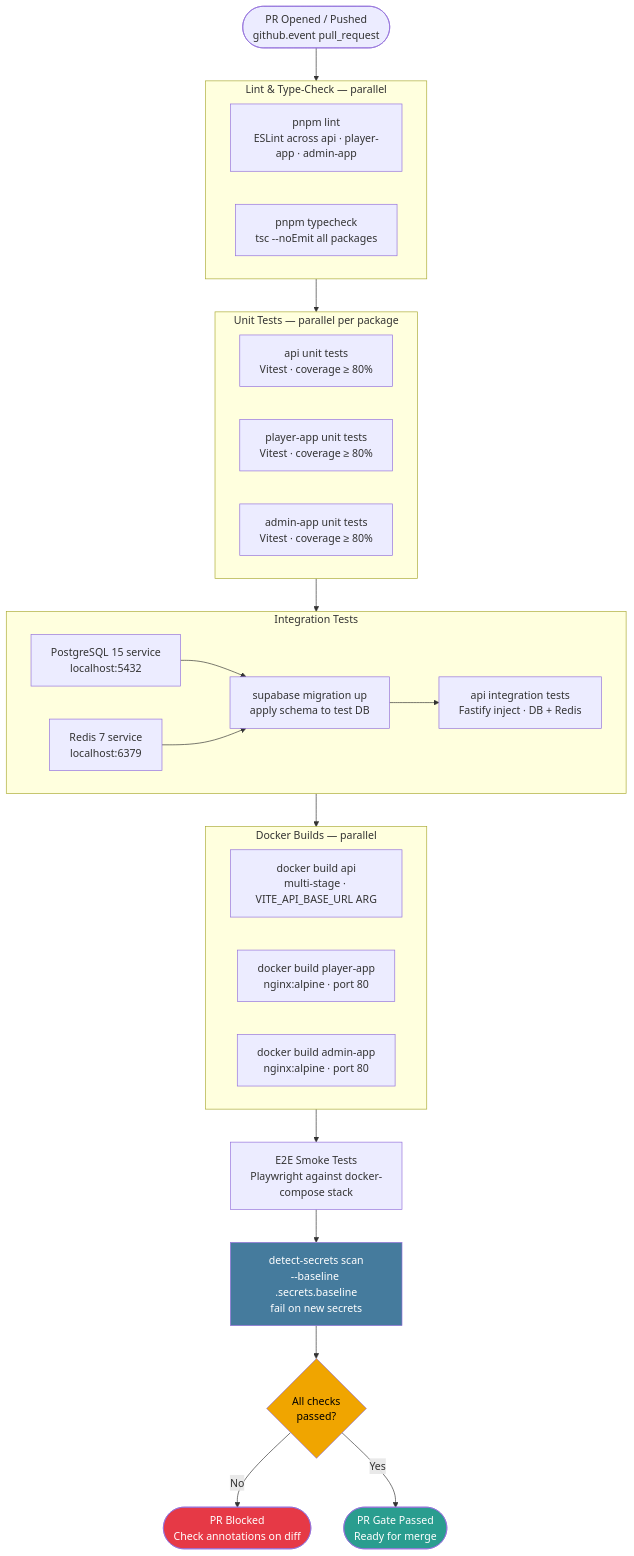
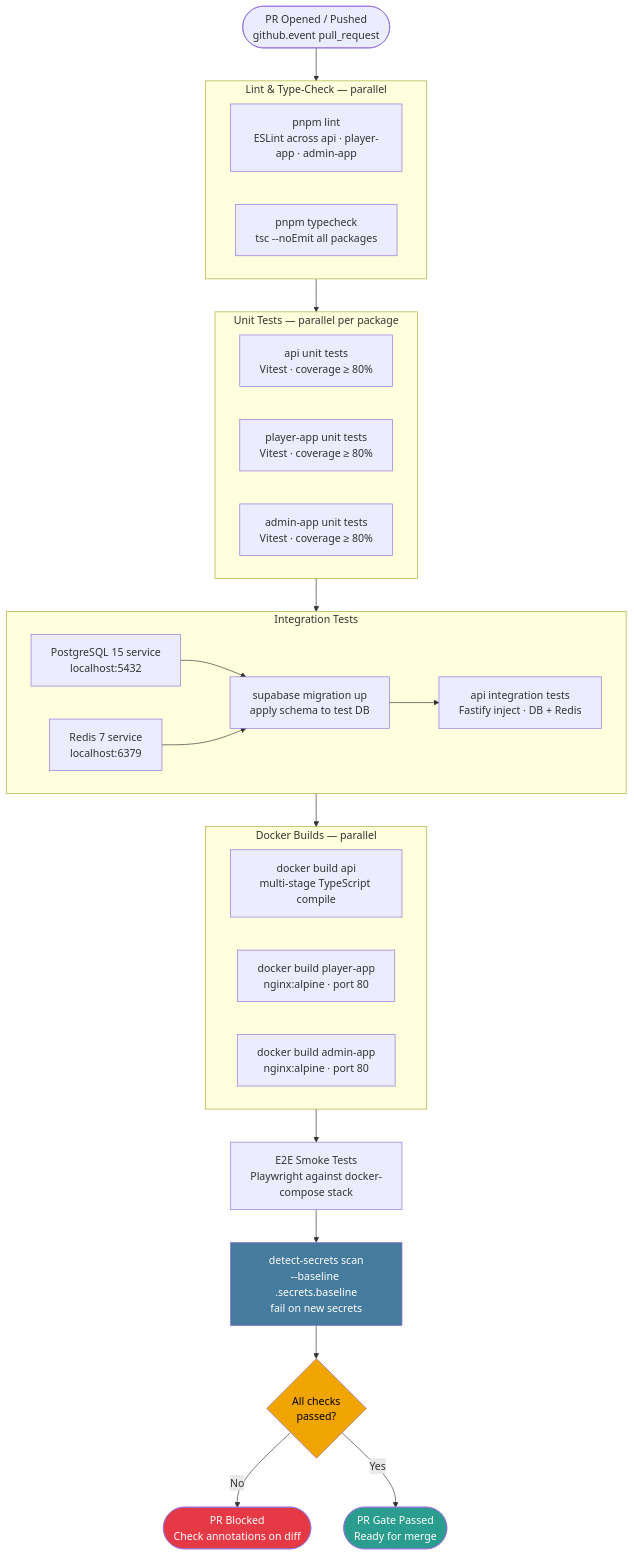
Before and after one commit to ibalasite/pet: the first of 2 diagrams in docs/diagrams/cicd-pr-gate.md, drawn with Mermaid. The commit also changed 1 other file, not shown here.

Commit message:
docs(gendoc)[UML-CICD]: review-r2 — fix api build arg, remove frontend pod restart from rotation flow, add REDIS_URL_STAGING to secret inventory

````diff
--- a/docs/diagrams/cicd-pr-gate.md
+++ b/docs/diagrams/cicd-pr-gate.md
@@ -9,54 +9,54 @@
 ```mermaid
 flowchart TD
     PUSH([PR Opened / Pushed\ngithub.event pull_request])
 
     subgraph LINT_TC [Lint & Type-Check — parallel]
         LINT[pnpm lint\nESLint across api · player-app · admin-app]
         TC[pnpm typecheck\ntsc --noEmit all packages]
     end
 
     subgraph UNIT [Unit Tests — parallel per package]
         UNIT_API[api unit tests\nVitest · coverage ≥ 80%]
         UNIT_PLAYER[player-app unit tests\nVitest · coverage ≥ 80%]
         UNIT_ADMIN[admin-app unit tests\nVitest · coverage ≥ 80%]
     end
 
     subgraph INTEGRATION [Integration Tests]
         PG_SVC[PostgreSQL 15 service\nlocalhost:5432]
         REDIS_SVC[Redis 7 service\nlocalhost:6379]
         SUPABASE_MIG[supabase migration up\napply schema to test DB]
         INT_API[api integration tests\nFastify inject · DB + Redis]
     end
 
     subgraph BUILD [Docker Builds — parallel]
-        BUILD_API[docker build api\nmulti-stage · VITE_API_BASE_URL ARG]
+        BUILD_API[docker build api\nmulti-stage TypeScript compile]
         BUILD_PLAYER[docker build player-app\nnginx:alpine · port 80]
         BUILD_ADMIN[docker build admin-app\nnginx:alpine · port 80]
     end
 
     E2E[E2E Smoke Tests\nPlaywright against docker-compose stack]
 
     SEC_SCAN[detect-secrets scan\n--baseline .secrets.baseline\nfail on new secrets]
 
     RESULT{All checks\npassed?}
     BLOCK([PR Blocked\nCheck annotations on diff])
     PASS([PR Gate Passed\nReady for merge])
 
     PUSH --> LINT_TC
     LINT_TC --> UNIT
     UNIT --> INTEGRATION
     PG_SVC --> SUPABASE_MIG
     REDIS_SVC --> SUPABASE_MIG
     SUPABASE_MIG --> INT_API
     INTEGRATION --> BUILD
     BUILD --> E2E
     E2E --> SEC_SCAN
     SEC_SCAN --> RESULT
     RESULT -- No --> BLOCK
     RESULT -- Yes --> PASS
 
     style BLOCK fill:#e63946,color:#fff
     style PASS fill:#2a9d8f,color:#fff
     style RESULT fill:#f0a500,color:#000
     style SEC_SCAN fill:#457b9d,color:#fff
 ```
````
